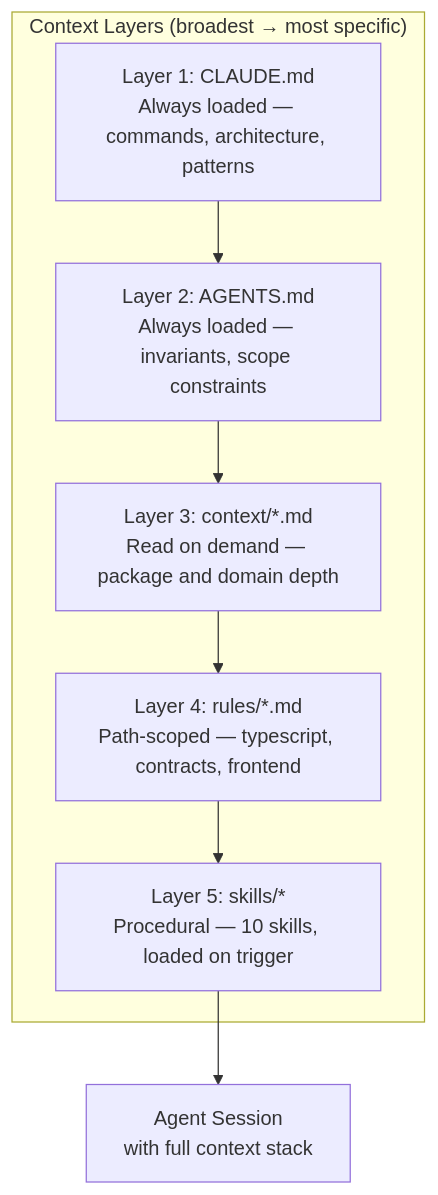
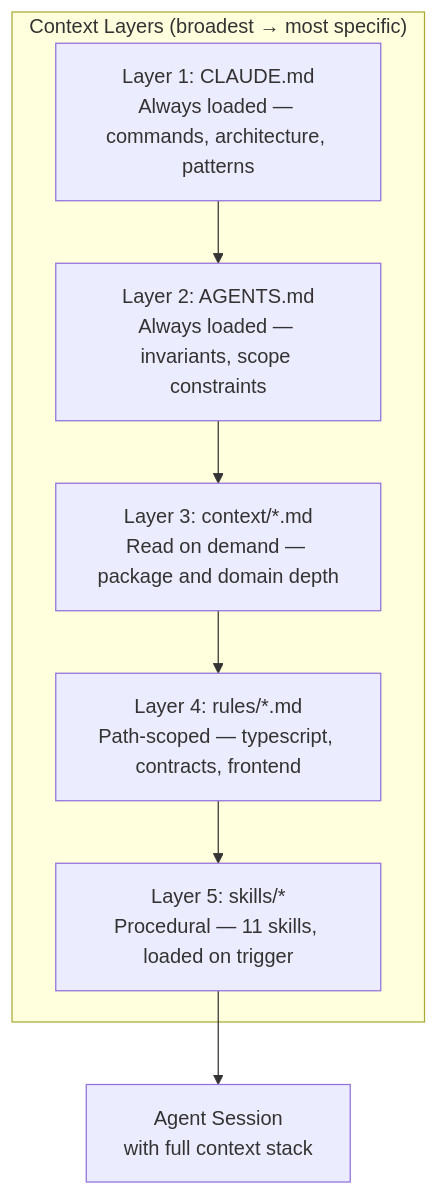
Before and after one commit to greenpill-dev-guild/green-goods: the diagram in docs/docs/builders/agentic/context-engineering.mdx, drawn with Mermaid. The commit also changed other lines of this file and 9 other files, not shown here.

````diff
--- a/docs/docs/builders/agentic/context-engineering.mdx
+++ b/docs/docs/builders/agentic/context-engineering.mdx
@@ -23,14 +23,14 @@
 ```mermaid
 graph TB
     subgraph Layers["Context Layers (broadest → most specific)"]
         L1["Layer 1: CLAUDE.md\nAlways loaded — commands, architecture, patterns"]
         L2["Layer 2: AGENTS.md\nAlways loaded — invariants, scope constraints"]
         L3["Layer 3: context/*.md\nRead on demand — package and domain depth"]
         L4["Layer 4: rules/*.md\nPath-scoped — typescript, contracts, frontend"]
-        L5["Layer 5: skills/*\nProcedural — 10 skills, loaded on trigger"]
+        L5["Layer 5: skills/*\nProcedural — 11 skills, loaded on trigger"]
     end
 
     L1 --> L2 --> L3 --> L4 --> L5
 
     L5 --> Agent["Agent Session\nwith full context stack"]
 ```
````
